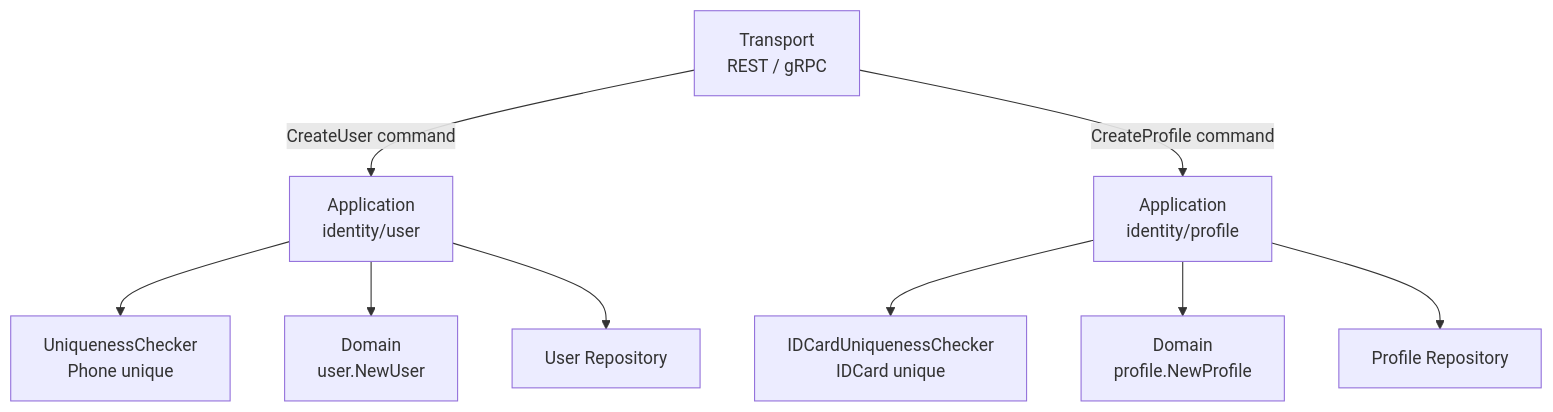
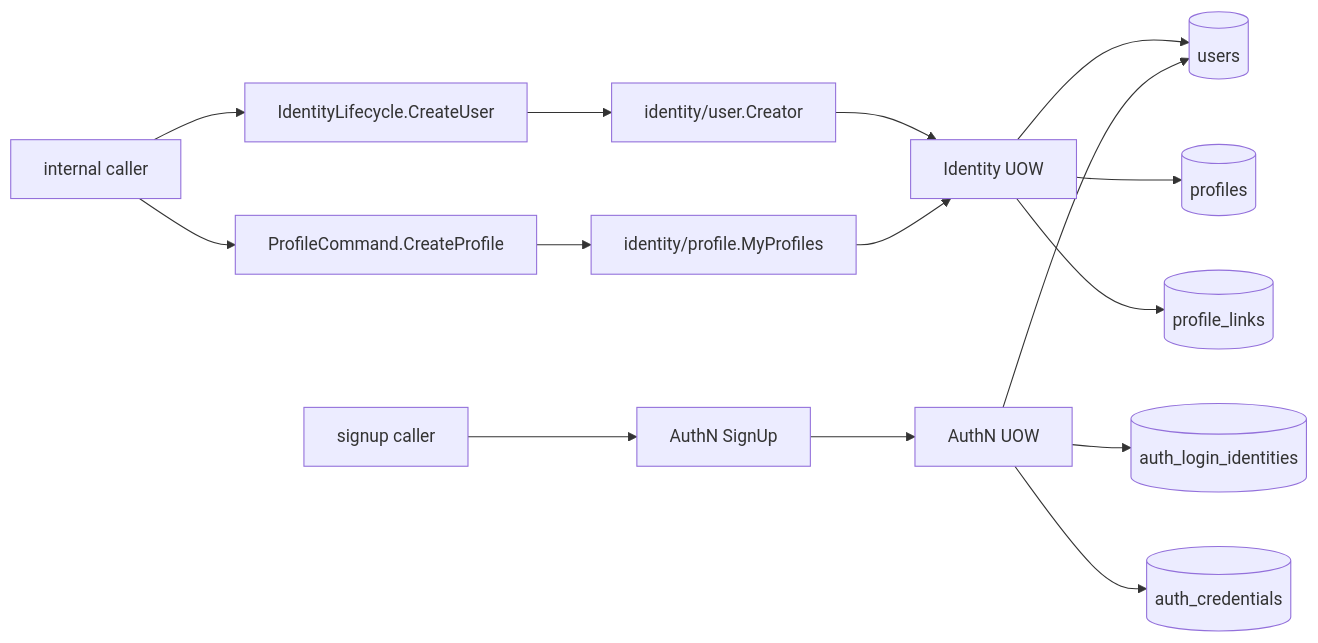
Before and after one commit to FangcunMount/iam: the first of 4 diagrams in docs/02-业务模块/01-Identity/02-关键链路-创建User与Profile.md, drawn with Mermaid. The commit also changed other lines of this file and 7 other files, not shown here.

````diff
--- a/docs/02-业务模块/01-Identity/02-关键链路-创建User与Profile.md
+++ b/docs/02-业务模块/01-Identity/02-关键链路-创建User与Profile.md
@@ -67,22 +84,19 @@
 ```mermaid
-flowchart TD
-    T["Transport\nREST / gRPC"]
-    AU["Application\nidentity/user"]
-    AP["Application\nidentity/profile"]
-    DU["Domain\nuser.NewUser"]
-    DP["Domain\nprofile.NewProfile"]
-    UC["UniquenessChecker\nPhone unique"]
-    PC["IDCardUniquenessChecker\nIDCard unique"]
-    RU["User Repository"]
-    RP["Profile Repository"]
+flowchart LR
+    Internal["internal caller"] --> IL["IdentityLifecycle.CreateUser"]
+    IL --> IC["identity/user.Creator"]
+    IC --> IUOW["Identity UOW"]
+    IUOW --> USER[(users)]
 
-    T -->|CreateUser command| AU
-    AU --> UC
-    AU --> DU
-    AU --> RU
+    Internal --> PC["ProfileCommand.CreateProfile"]
+    PC --> MP["identity/profile.MyProfiles"]
+    MP --> IUOW
+    IUOW --> PROFILE[(profiles)]
+    IUOW --> LINK[(profile_links)]
 
-    T -->|CreateProfile command| AP
-    AP --> PC
-    AP --> DP
-    AP --> RP
+    Client["signup caller"] --> SIGNUP["AuthN SignUp"]
+    SIGNUP --> AUOW["AuthN UOW"]
+    AUOW --> USER
+    AUOW --> LOGIN[(auth_login_identities)]
+    AUOW --> CRED[(auth_credentials)]
 ```
````
